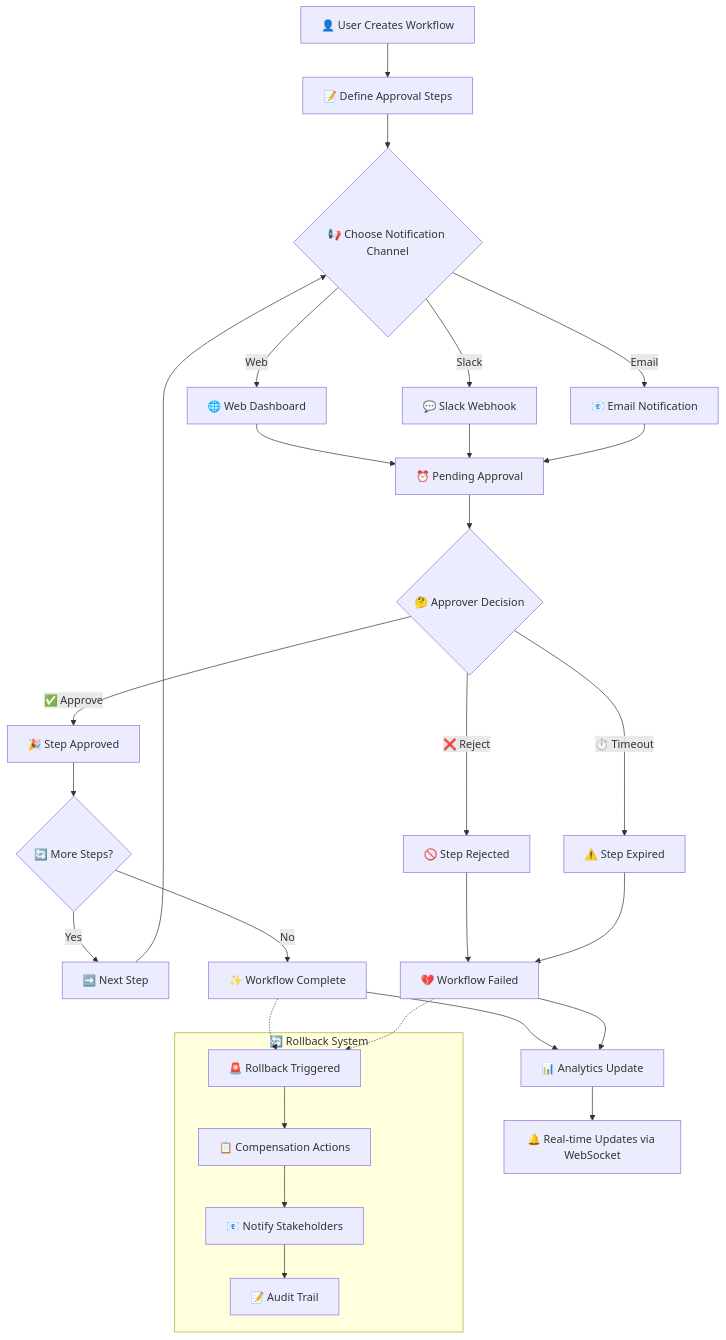
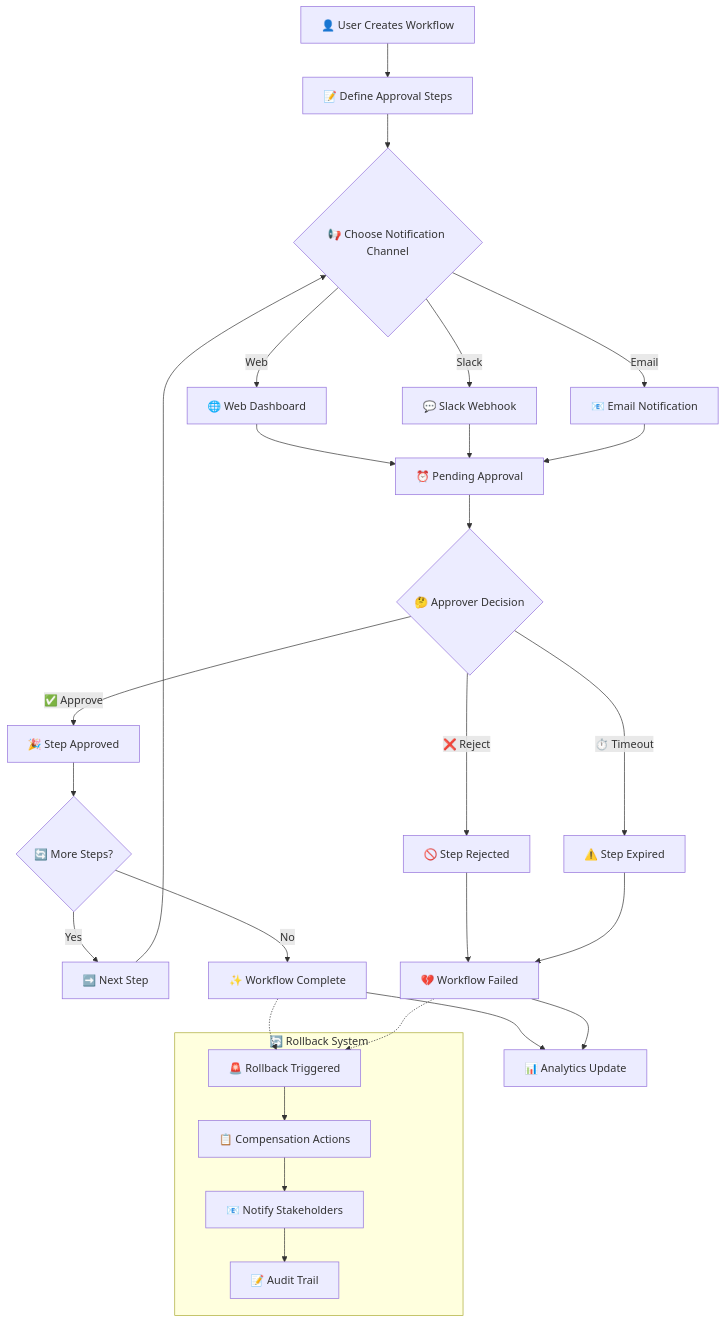
Before and after one commit to Kushagra1122/approval-orchestrator: the first of 2 diagrams in README.md, drawn with Mermaid. The commit also changed other lines of this file, not shown here.

````diff
--- a/README.md
+++ b/README.md
@@ -49,39 +49,37 @@
 ```mermaid
 graph TD
     A[👤 User Creates Workflow] --> B[📝 Define Approval Steps]
     B --> C{📢 Choose Notification Channel}
     C -->|Web| D[🌐 Web Dashboard]
     C -->|Slack| E[💬 Slack Webhook]
     C -->|Email| F[📧 Email Notification]
     
     D --> G[⏰ Pending Approval]
     E --> G
     F --> G
     
     G --> H{🤔 Approver Decision}
     H -->|✅ Approve| I[🎉 Step Approved]
     H -->|❌ Reject| J[🚫 Step Rejected]
     H -->|⏱️ Timeout| K[⚠️ Step Expired]
     
     I --> L{🔄 More Steps?}
     L -->|Yes| M[➡️ Next Step]
     L -->|No| N[✨ Workflow Complete]
     
     J --> O[💔 Workflow Failed]
     K --> O
     
     M --> C
     N --> P[📊 Analytics Update]
     O --> P
-    
-    P --> Q[🔔 Real-time Updates via WebSocket]
-    
+
     subgraph "🔄 Rollback System"
         R[🚨 Rollback Triggered] --> S[📋 Compensation Actions]
         S --> T[📧 Notify Stakeholders]
         T --> U[📝 Audit Trail]
     end
     
     N -.-> R
     O -.-> R
 ```
````
